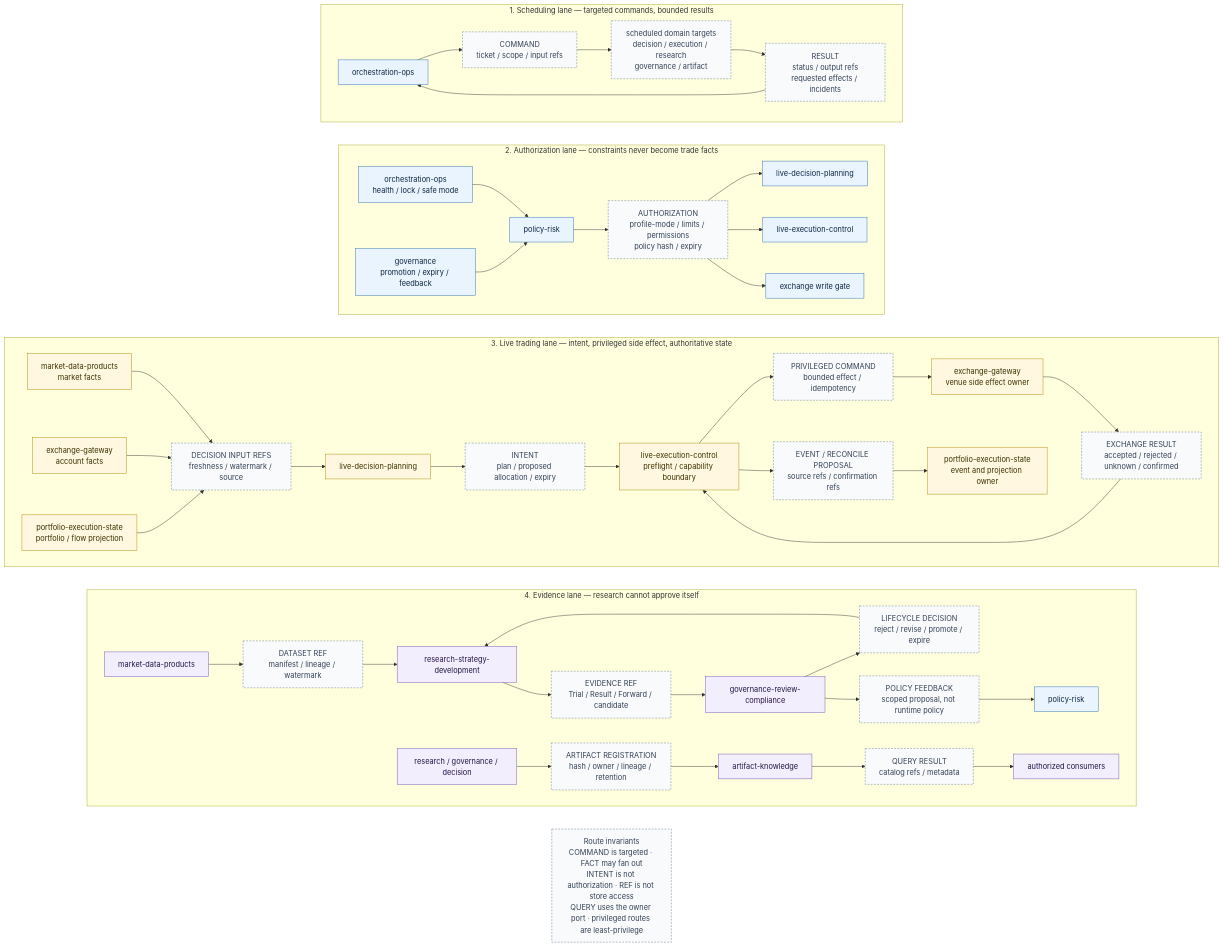
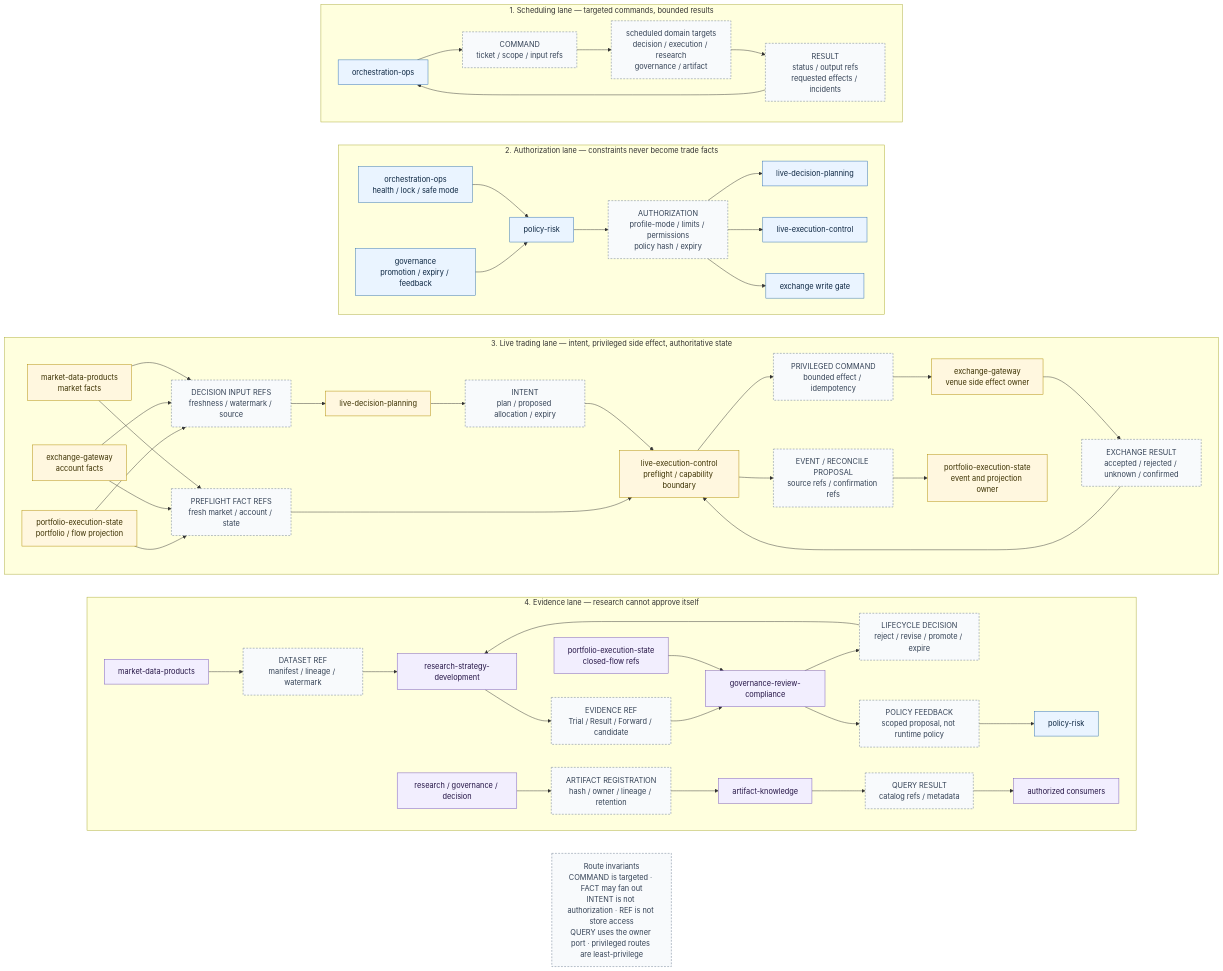
The diagram in docs/architecture/architecture-communication-v2.mmd (qOeOp/trade), drawn with Mermaid before and after one commit. The commit also changed 3 other files, not shown here.

Commit message:
docs(architecture): clarify execution fact routes

```diff
--- a/docs/architecture/architecture-communication-v2.mmd
+++ b/docs/architecture/architecture-communication-v2.mmd
@@ -1,69 +1,74 @@
 flowchart TB
   %% Cross-domain communication lanes. Domains may appear in more than one lane;
   %% the canonical publisher/consumer list lives in design-architecture.md.
 
   subgraph SCHEDULE["1. Scheduling lane — targeted commands, bounded results"]
     direction LR
     S_ORCH["orchestration-ops"] --> S_CMD["COMMAND<br/>ticket / scope / input refs"]
     S_CMD --> S_TARGETS["scheduled domain targets<br/>decision / execution / research<br/>governance / artifact"]
     S_TARGETS --> S_RESULT["RESULT<br/>status / output refs<br/>requested effects / incidents"]
     S_RESULT --> S_ORCH
   end
 
   subgraph AUTH["2. Authorization lane — constraints never become trade facts"]
     direction LR
     A_OPS["orchestration-ops<br/>health / lock / safe mode"] --> A_POLICY["policy-risk"]
     A_GOV["governance<br/>promotion / expiry / feedback"] --> A_POLICY
     A_POLICY --> A_SNAPSHOT["AUTHORIZATION<br/>profile-mode / limits / permissions<br/>policy hash / expiry"]
     A_SNAPSHOT --> A_DECISION["live-decision-planning"]
     A_SNAPSHOT --> A_EXECUTION["live-execution-control"]
     A_SNAPSHOT --> A_EXCHANGE["exchange write gate"]
   end
 
   subgraph LIVE["3. Live trading lane — intent, privileged side effect, authoritative state"]
     direction LR
     L_MARKET["market-data-products<br/>market facts"] --> L_INPUTS["DECISION INPUT REFS<br/>freshness / watermark / source"]
     L_EXCHANGE_FACTS["exchange-gateway<br/>account facts"] --> L_INPUTS
     L_STATE_FACTS["portfolio-execution-state<br/>portfolio / flow projection"] --> L_INPUTS
+    L_MARKET --> L_GUARDS["PREFLIGHT FACT REFS<br/>fresh market / account / state"]
+    L_EXCHANGE_FACTS --> L_GUARDS
+    L_STATE_FACTS --> L_GUARDS
     L_INPUTS --> L_DECISION["live-decision-planning"]
     L_DECISION --> L_INTENT["INTENT<br/>plan / proposed allocation / expiry"]
     L_INTENT --> L_EXECUTION["live-execution-control<br/>preflight / capability boundary"]
+    L_GUARDS --> L_EXECUTION
     L_EXECUTION --> L_COMMAND["PRIVILEGED COMMAND<br/>bounded effect / idempotency"]
     L_COMMAND --> L_EXCHANGE["exchange-gateway<br/>venue side effect owner"]
     L_EXCHANGE --> L_RESULT["EXCHANGE RESULT<br/>accepted / rejected / unknown / confirmed"]
     L_RESULT --> L_EXECUTION
     L_EXECUTION --> L_EVENT["EVENT / RECONCILE PROPOSAL<br/>source refs / confirmation refs"]
     L_EVENT --> L_STATE["portfolio-execution-state<br/>event and projection owner"]
   end
 
   subgraph EVIDENCE["4. Evidence lane — research cannot approve itself"]
     direction LR
     E_MARKET["market-data-products"] --> E_DATASET["DATASET REF<br/>manifest / lineage / watermark"]
     E_DATASET --> E_RESEARCH["research-strategy-development"]
     E_RESEARCH --> E_EVIDENCE["EVIDENCE REF<br/>Trial / Result / Forward / candidate"]
     E_EVIDENCE --> E_GOV["governance-review-compliance"]
+    E_STATE["portfolio-execution-state<br/>closed-flow refs"] --> E_GOV
     E_GOV --> E_DECISION["LIFECYCLE DECISION<br/>reject / revise / promote / expire"]
     E_DECISION --> E_RESEARCH
     E_GOV --> E_FEEDBACK["POLICY FEEDBACK<br/>scoped proposal, not runtime policy"]
     E_FEEDBACK --> E_POLICY["policy-risk"]
     E_PRODUCERS["research / governance / decision"] --> E_REGISTER["ARTIFACT REGISTRATION<br/>hash / owner / lineage / retention"]
     E_REGISTER --> E_ARTIFACT["artifact-knowledge"]
     E_ARTIFACT --> E_QUERY["QUERY RESULT<br/>catalog refs / metadata"]
     E_QUERY --> E_CONSUMERS["authorized consumers"]
   end
 
   LEGEND["Route invariants<br/>COMMAND is targeted · FACT may fan out<br/>INTENT is not authorization · REF is not store access<br/>QUERY uses the owner port · privileged routes are least-privilege"]
 
   S_ORCH ~~~ A_OPS
   A_OPS ~~~ L_MARKET
   L_MARKET ~~~ E_MARKET
   E_MARKET ~~~ LEGEND
 
   classDef control fill:#eaf4ff,stroke:#2f6fb0,color:#0b2540;
   classDef live fill:#fff7df,stroke:#b08a00,color:#3b3000;
   classDef evidence fill:#f2eefe,stroke:#7556b8,color:#241445;
   classDef contract fill:#f8fafc,stroke:#64748b,color:#334155,stroke-dasharray:4 3;
   class S_ORCH,A_OPS,A_POLICY,A_GOV,A_DECISION,A_EXECUTION,A_EXCHANGE,E_POLICY control;
   class L_MARKET,L_EXCHANGE_FACTS,L_STATE_FACTS,L_DECISION,L_EXECUTION,L_EXCHANGE,L_STATE live;
-  class E_MARKET,E_RESEARCH,E_GOV,E_ARTIFACT,E_PRODUCERS,E_CONSUMERS evidence;
-  class S_CMD,S_TARGETS,S_RESULT,A_SNAPSHOT,L_INPUTS,L_INTENT,L_COMMAND,L_RESULT,L_EVENT,E_DATASET,E_EVIDENCE,E_DECISION,E_FEEDBACK,E_REGISTER,E_QUERY,LEGEND contract;
+  class E_MARKET,E_RESEARCH,E_GOV,E_ARTIFACT,E_PRODUCERS,E_CONSUMERS,E_STATE evidence;
+  class S_CMD,S_TARGETS,S_RESULT,A_SNAPSHOT,L_INPUTS,L_GUARDS,L_INTENT,L_COMMAND,L_RESULT,L_EVENT,E_DATASET,E_EVIDENCE,E_DECISION,E_FEEDBACK,E_REGISTER,E_QUERY,LEGEND contract;
```
